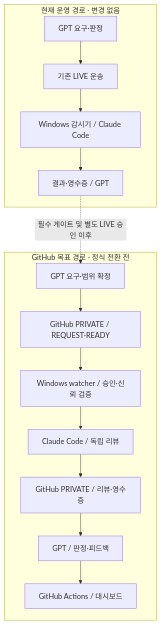
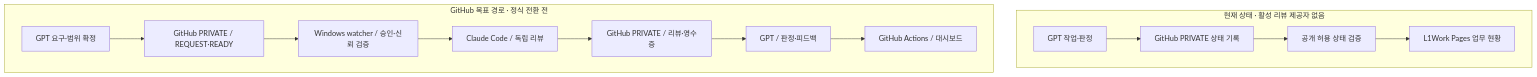
Before and after one commit to wonhwipark/CoWork-Skill-Collab: the diagram in collab/dashboard/SUMMARY.md, drawn with Mermaid. The commit also changed other lines of this file and 3 other files, not shown here.

Commit message:
docs(dashboard): refresh GitHub SHADOW view [skip ci]

````diff
--- a/collab/dashboard/SUMMARY.md
+++ b/collab/dashboard/SUMMARY.md
@@ -16,17 +16,17 @@
 ```mermaid
 flowchart TB
-  subgraph LIVE["현재 운영 경로 · 변경 없음"]
-    L1["GPT 요구·판정"] --> L2["기존 LIVE 운송"]
-    L2 --> L3["Windows 감시기 / Claude Code"]
-    L3 --> L4["결과·영수증 / GPT"]
+  subgraph LIVE["현재 상태 · 활성 리뷰 제공자 없음"]
+    L1["GPT 작업·판정"] --> L2["GitHub PRIVATE 상태 기록"]
+    L2 --> L3["공개 허용 상태 검증"]
+    L3 --> L4["L1Work Pages 업무 현황"]
   end
   subgraph NEXT["GitHub 목표 경로 · 정식 전환 전"]
     A["GPT 요구·범위 확정"] --> B["GitHub PRIVATE / REQUEST·READY"]
     B --> C["Windows watcher / 승인·신뢰 검증"]
     C --> D["Claude Code / 독립 리뷰"]
     D --> E["GitHub PRIVATE / 리뷰·영수증"]
     E --> F["GPT / 판정·피드백"]
     F --> G["GitHub Actions / 대시보드"]
   end
-  L4 -. "필수 게이트 및 별도 LIVE 승인 이후" .-> A
+  %% 독립 리뷰 운송은 별도 유효 요청과 LIVE 승인 이후에만 실행
 ```
````
